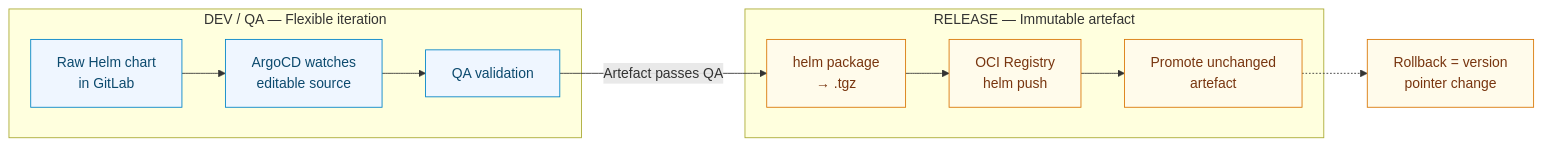
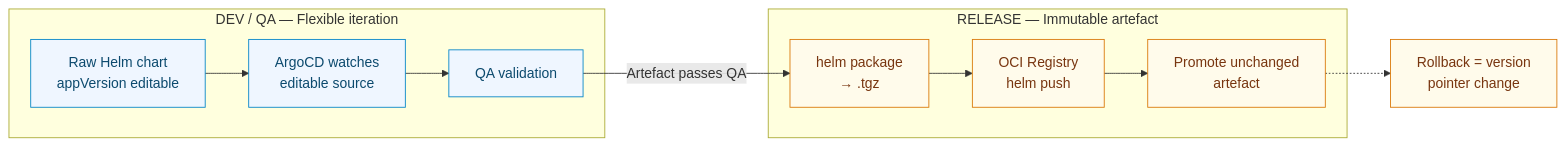
The sixth of 8 diagrams in SA_Guild_Architecture.md (ashir321/work), drawn with Mermaid before and after one commit. The commit also changed other lines of this file and 2 other files, not shown here.

First line of the commit message:
Document editable appVersion in Dev/QA config path

````diff
--- a/SA_Guild_Architecture.md
+++ b/SA_Guild_Architecture.md
@@ -267,28 +299,28 @@
 ```mermaid
 flowchart LR
     subgraph DEV_QA["DEV / QA — Flexible iteration"]
-        RAW["Raw Helm chart<br/>in GitLab"]
+        RAW["Raw Helm chart<br/>appVersion editable"]
         ARGO_DEV["ArgoCD watches<br/>editable source"]
         QA["QA validation"]
         RAW --> ARGO_DEV --> QA
     end
 
     subgraph RELEASE["RELEASE — Immutable artefact"]
         PKG["helm package<br/>→ .tgz"]
         OCI["OCI Registry<br/>helm push"]
         PROMOTE["Promote unchanged<br/>artefact"]
         PKG --> OCI --> PROMOTE
     end
 
     QA -->|"Artefact passes QA"| PKG
 
     ROLLBACK["Rollback = version<br/>pointer change"]
 
     PROMOTE -.-> ROLLBACK
 
     classDef dev fill:#eff6ff,stroke:#0284c7,color:#0c4a6e
     classDef rel fill:#fffbeb,stroke:#d97706,color:#78350f
 
     class RAW,ARGO_DEV,QA dev
     class PKG,OCI,PROMOTE,ROLLBACK rel
 ```
````
